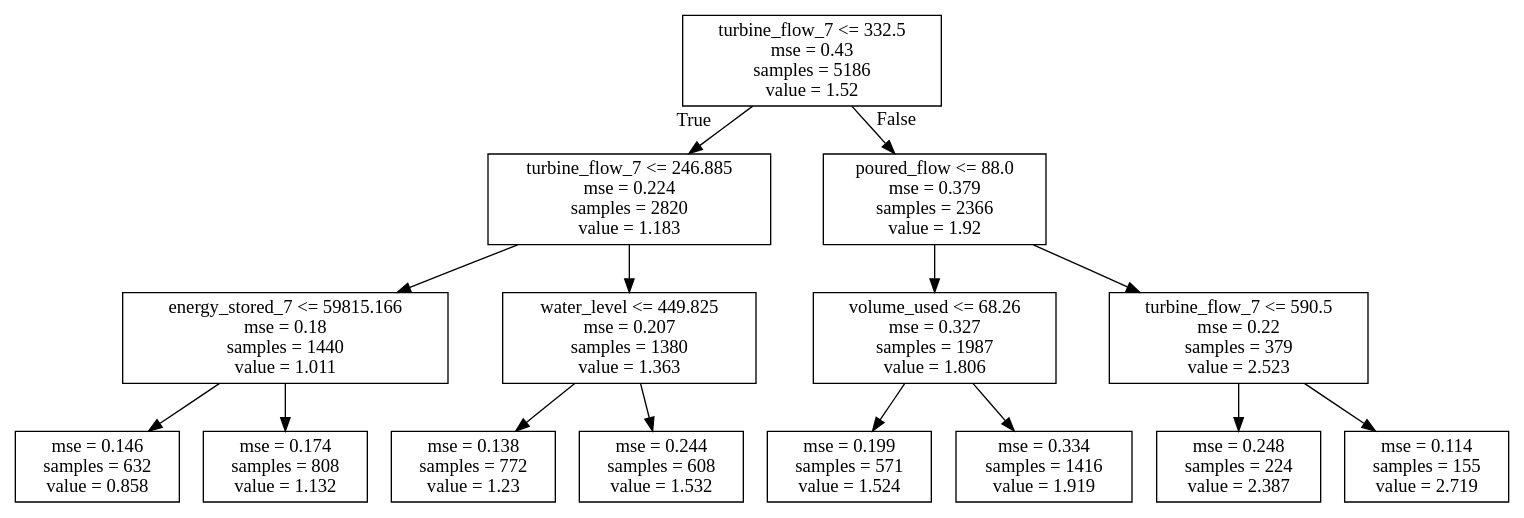
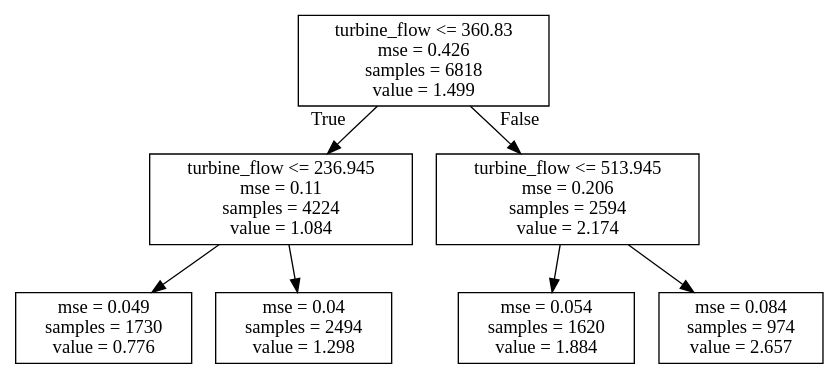
Before and after one commit to cameronthieme/IMAbootcamp2021: the diagram in Data Exploration/Decision_Trees/regr_tree.dot, drawn with Graphviz. The commit also changed 5 other files, not shown here.

```diff
--- a/Data Exploration/Decision_Trees/regr_tree.dot
+++ b/Data Exploration/Decision_Trees/regr_tree.dot
@@ -1,32 +1,16 @@
 digraph Tree {
 node [shape=box] ;
-0 [label="turbine_flow_7 <= 332.5\nmse = 0.43\nsamples = 5186\nvalue = 1.52"] ;
-1 [label="turbine_flow_7 <= 246.885\nmse = 0.224\nsamples = 2820\nvalue = 1.183"] ;
+0 [label="turbine_flow <= 360.83\nmse = 0.426\nsamples = 6818\nvalue = 1.499"] ;
+1 [label="turbine_flow <= 236.945\nmse = 0.11\nsamples = 4224\nvalue = 1.084"] ;
 0 -> 1 [labeldistance=2.5, labelangle=45, headlabel="True"] ;
-2 [label="energy_stored_7 <= 59815.166\nmse = 0.18\nsamples = 1440\nvalue = 1.011"] ;
+2 [label="mse = 0.049\nsamples = 1730\nvalue = 0.776"] ;
 1 -> 2 ;
-3 [label="mse = 0.146\nsamples = 632\nvalue = 0.858"] ;
-2 -> 3 ;
-4 [label="mse = 0.174\nsamples = 808\nvalue = 1.132"] ;
-2 -> 4 ;
-5 [label="water_level <= 449.825\nmse = 0.207\nsamples = 1380\nvalue = 1.363"] ;
-1 -> 5 ;
-6 [label="mse = 0.138\nsamples = 772\nvalue = 1.23"] ;
-5 -> 6 ;
-7 [label="mse = 0.244\nsamples = 608\nvalue = 1.532"] ;
-5 -> 7 ;
-8 [label="poured_flow <= 88.0\nmse = 0.379\nsamples = 2366\nvalue = 1.92"] ;
-0 -> 8 [labeldistance=2.5, labelangle=-45, headlabel="False"] ;
-9 [label="volume_used <= 68.26\nmse = 0.327\nsamples = 1987\nvalue = 1.806"] ;
-8 -> 9 ;
-10 [label="mse = 0.199\nsamples = 571\nvalue = 1.524"] ;
-9 -> 10 ;
-11 [label="mse = 0.334\nsamples = 1416\nvalue = 1.919"] ;
-9 -> 11 ;
-12 [label="turbine_flow_7 <= 590.5\nmse = 0.22\nsamples = 379\nvalue = 2.523"] ;
-8 -> 12 ;
-13 [label="mse = 0.248\nsamples = 224\nvalue = 2.387"] ;
-12 -> 13 ;
-14 [label="mse = 0.114\nsamples = 155\nvalue = 2.719"] ;
-12 -> 14 ;
+3 [label="mse = 0.04\nsamples = 2494\nvalue = 1.298"] ;
+1 -> 3 ;
+4 [label="turbine_flow <= 513.945\nmse = 0.206\nsamples = 2594\nvalue = 2.174"] ;
+0 -> 4 [labeldistance=2.5, labelangle=-45, headlabel="False"] ;
+5 [label="mse = 0.054\nsamples = 1620\nvalue = 1.884"] ;
+4 -> 5 ;
+6 [label="mse = 0.084\nsamples = 974\nvalue = 2.657"] ;
+4 -> 6 ;
 }
```
